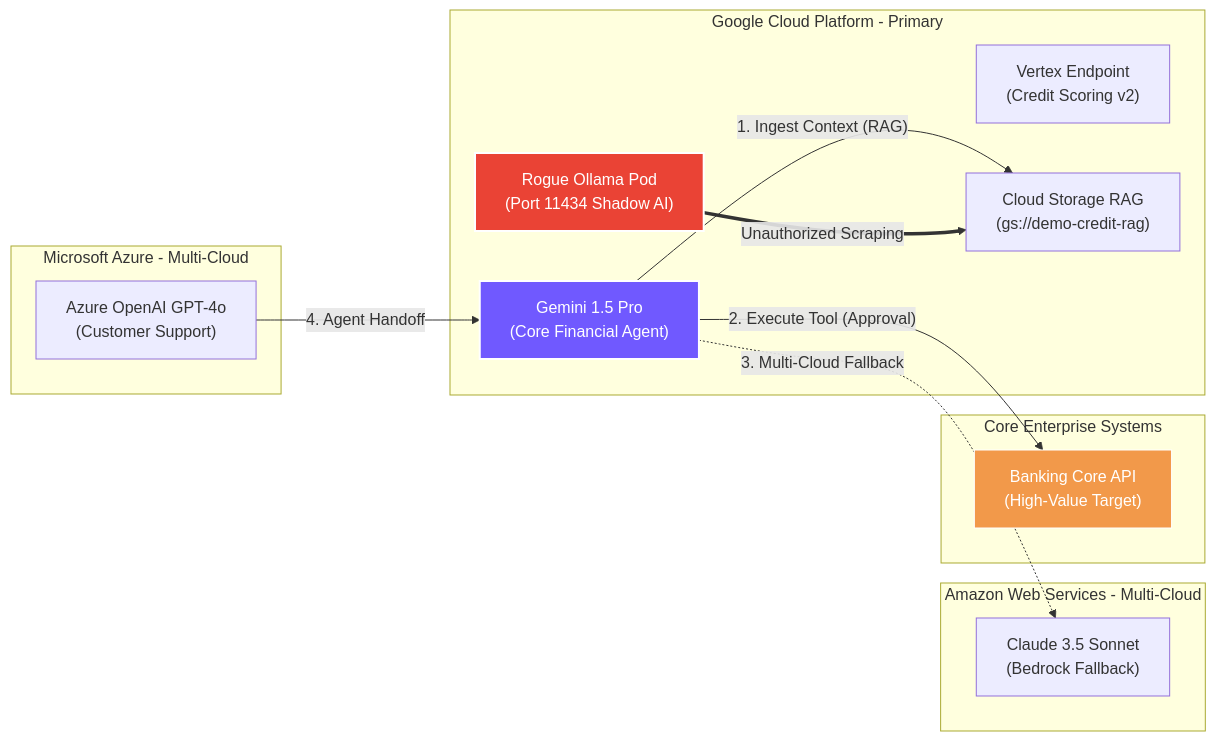
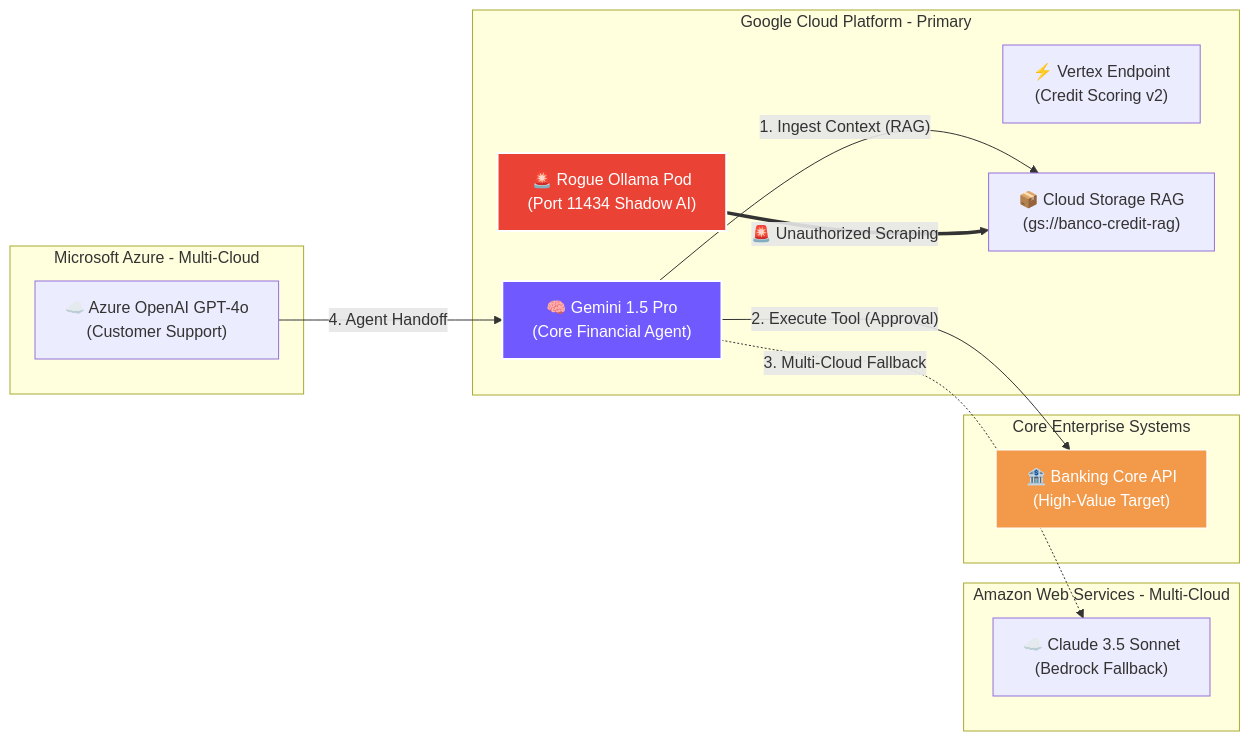
Before and after one commit to g-jsaccomani/aispr: the diagram in reports/ci_audit_report.md, drawn with Mermaid. The commit also changed other lines of this file and 46 other files, not shown here.

First line of the commit message:
feat(core): implement Phase 1-4 roadmap: Canonical Models, Evidence Engine, Correlator Pipeline & Control Contracts

````diff
--- a/reports/ci_audit_report.md
+++ b/reports/ci_audit_report.md
@@ -18,30 +18,30 @@
 ```mermaid
 flowchart LR
     subgraph GCP [Google Cloud Platform - Primary]
-        GEMINI[" Gemini 1.5 Pro<br/>(Core Financial Agent)"]
-        ENDPOINT[" Vertex Endpoint<br/>(Credit Scoring v2)"]
-        RAG[" Cloud Storage RAG<br/>(gs://demo-credit-rag)"]
-        OLLAMA[" Rogue Ollama Pod<br/>(Port 11434 Shadow AI)"]
+        GEMINI["🧠 Gemini 1.5 Pro<br/>(Core Financial Agent)"]
+        ENDPOINT["⚡ Vertex Endpoint<br/>(Credit Scoring v2)"]
+        RAG["📦 Cloud Storage RAG<br/>(gs://banco-credit-rag)"]
+        OLLAMA["🚨 Rogue Ollama Pod<br/>(Port 11434 Shadow AI)"]
     end
     subgraph AWS [Amazon Web Services - Multi-Cloud]
-        CLAUDE[" Claude 3.5 Sonnet<br/>(Bedrock Fallback)"]
+        CLAUDE["☁️ Claude 3.5 Sonnet<br/>(Bedrock Fallback)"]
     end
     subgraph AZURE [Microsoft Azure - Multi-Cloud]
-        GPT4O[" Azure OpenAI GPT-4o<br/>(Customer Support)"]
+        GPT4O["☁️ Azure OpenAI GPT-4o<br/>(Customer Support)"]
     end
     subgraph INTERNAL [Core Enterprise Systems]
-        API[" Banking Core API<br/>(High-Value Target)"]
+        API["🏦 Banking Core API<br/>(High-Value Target)"]
     end
     GEMINI -->|"1. Ingest Context (RAG)"| RAG
     GEMINI -->|"2. Execute Tool (Approval)"| API
     GEMINI -.->|"3. Multi-Cloud Fallback"| CLAUDE
     GPT4O -->|"4. Agent Handoff"| GEMINI
-    OLLAMA ==>|" Unauthorized Scraping"| RAG
+    OLLAMA ==>|"🚨 Unauthorized Scraping"| RAG
     classDef crit fill:#EA4335,stroke:#fff,stroke-width:2px,color:#fff;
     classDef warn fill:#F2994A,stroke:#fff,stroke-width:1px,color:#fff;
     classDef safe fill:#34A853,stroke:#fff,stroke-width:1px,color:#fff;
     classDef agent fill:#7059FF,stroke:#fff,stroke-width:2px,color:#fff;
     class OLLAMA crit;
     class GEMINI agent;
     class API warn;
 ```
````
